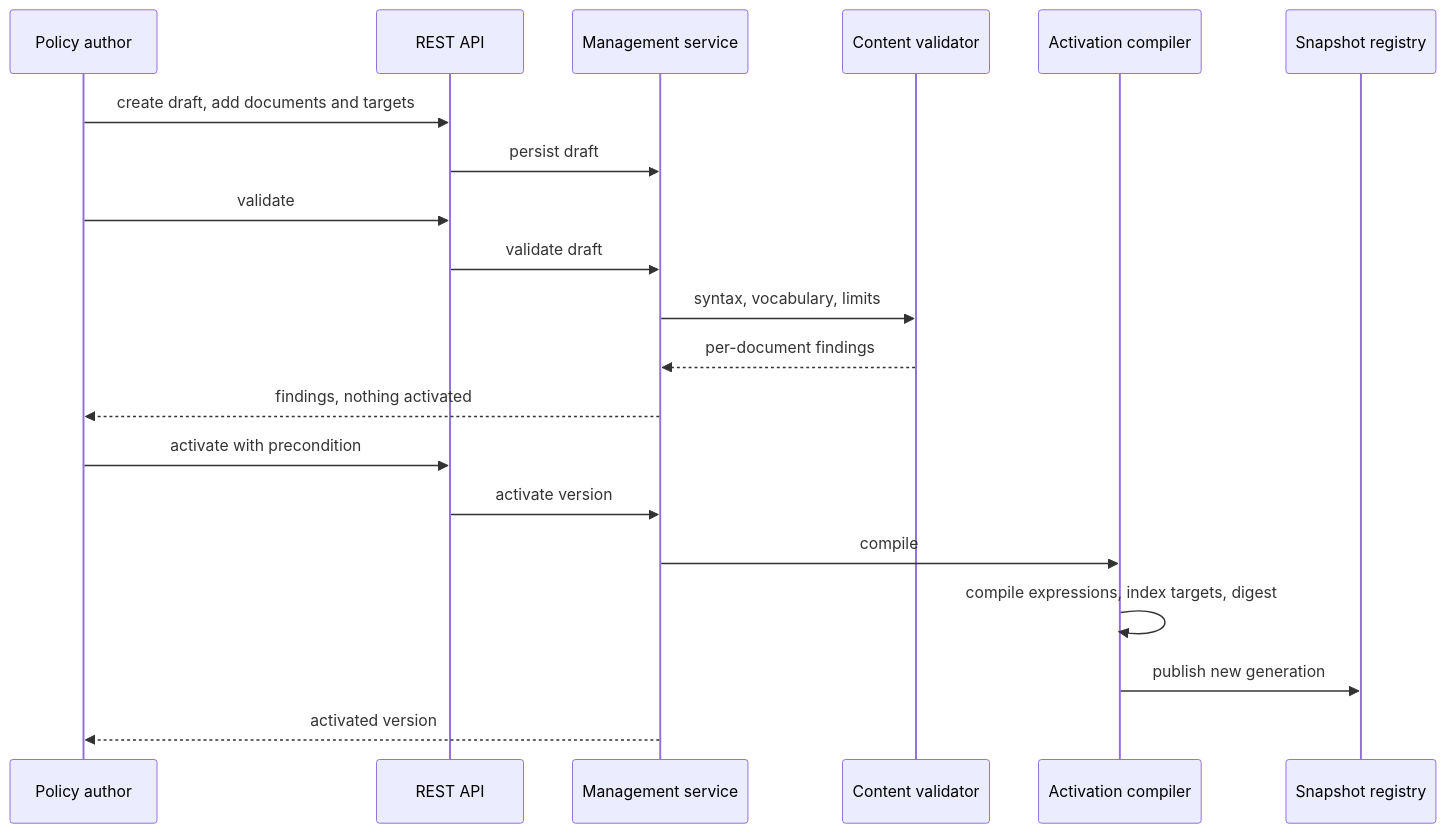
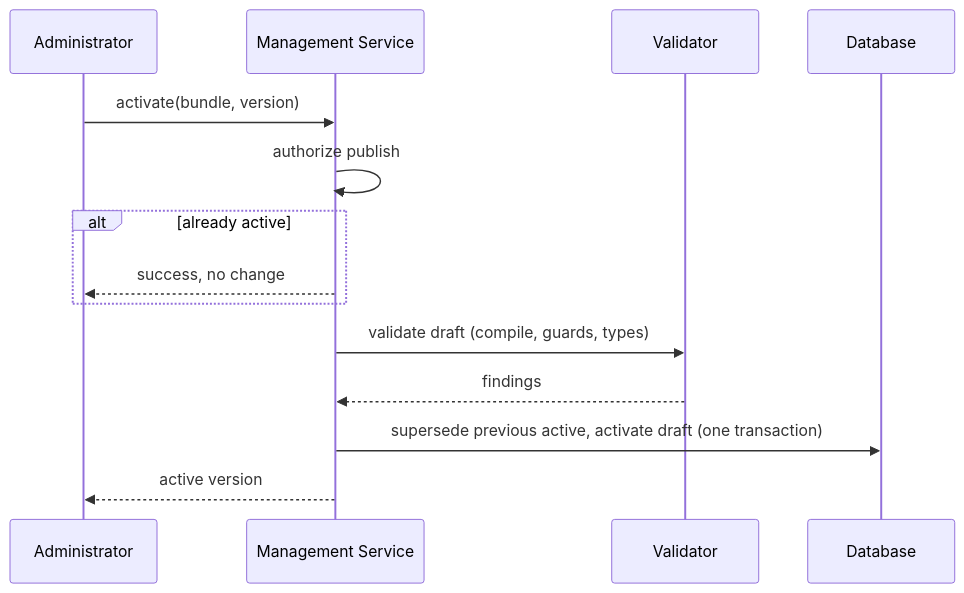
One commit to constructorfabric/gears-rust changed the third of 3 diagrams in gears/system/policy-engine/docs/DESIGN.md. Above: the diagram before and after it, drawn with Mermaid. The commit also changed other lines of this file and 129 other files, not shown here.

````diff
--- a/gears/system/policy-engine/docs/DESIGN.md
+++ b/gears/system/policy-engine/docs/DESIGN.md
@@ -885,22 +381,16 @@
 ```mermaid
 sequenceDiagram
-    participant P as Policy author
-    participant T as REST API
-    participant M as Management service
-    participant V as Content validator
-    participant K as Activation compiler
-    participant S as Snapshot registry
-    P ->> T: create draft, add documents and targets
-    T ->> M: persist draft
-    P ->> T: validate
-    T ->> M: validate draft
-    M ->> V: syntax, vocabulary, limits
-    V -->> M: per-document findings
-    M -->> P: findings, nothing activated
-    P ->> T: activate with precondition
-    T ->> M: activate version
-    M ->> K: compile
-    K ->> K: compile expressions, index targets, digest
-    K ->> S: publish new generation
-    M -->> P: activated version
+    participant A as Administrator
+    participant M as Management Service
+    participant V as Validator
+    participant D as Database
+    A ->> M: activate(bundle, version)
+    M ->> M: authorize publish
+    alt already active
+        M -->> A: success, no change
+    end
+    M ->> V: validate draft (compile, guards, types)
+    V -->> M: findings
+    M ->> D: supersede previous active, activate draft (one transaction)
+    M -->> A: active version
 ```
````
